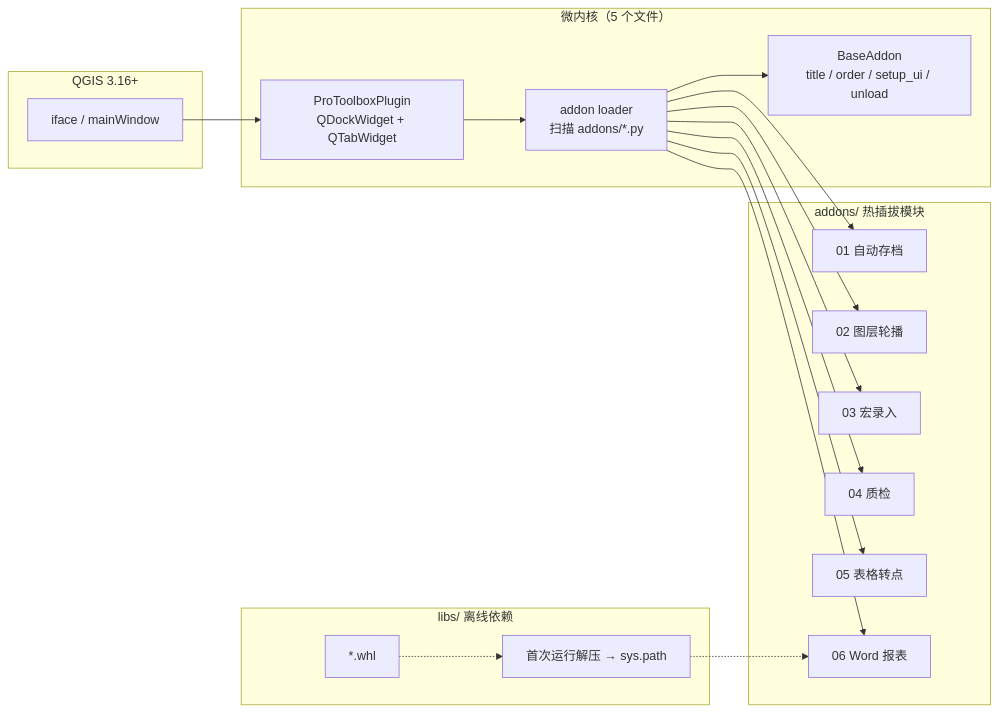
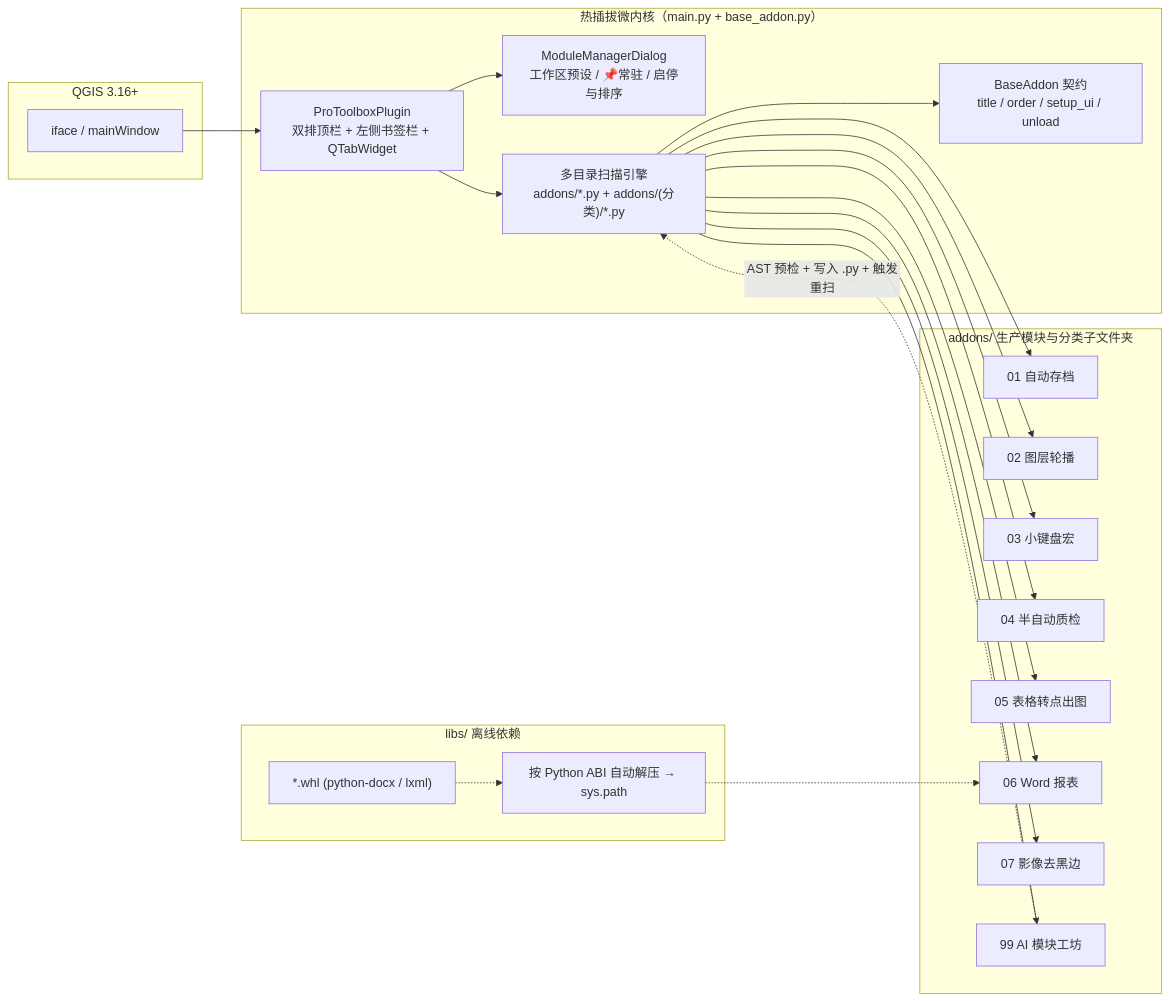
Before and after one commit to KGSINYA/qgis-pro-toolbox: the diagram in README_zh.md, drawn with Mermaid. The commit also changed other lines of this file and 3 other files, not shown here.

````diff
--- a/README_zh.md
+++ b/README_zh.md
@@ -104,33 +118,38 @@
 ```mermaid
 flowchart LR
     subgraph QGIS["QGIS 3.16+"]
         IFACE["iface / mainWindow"]
     end
 
-    subgraph CORE["微内核（5 个文件）"]
-        PLUGIN["ProToolboxPlugin<br/>QDockWidget + QTabWidget"]
-        LOADER["addon loader<br/>扫描 addons/*.py"]
-        BASE["BaseAddon<br/>title / order / setup_ui / unload"]
+    subgraph CORE["热插拔微内核（main.py + base_addon.py）"]
+        PLUGIN["ProToolboxPlugin<br/>双排顶栏 + 左侧书签栏 + QTabWidget"]
+        MANAGER["ModuleManagerDialog<br/>工作区预设 / 📌常驻 / 启停与排序"]
+        LOADER["多目录扫描引擎<br/>addons/*.py + addons/(分类)/*.py"]
+        BASE["BaseAddon 契约<br/>title / order / setup_ui / unload"]
     end
 
-    subgraph ADDONS["addons/ 热插拔模块"]
+    subgraph ADDONS["addons/ 生产模块与分类子文件夹"]
         A1["01 自动存档"]
         A2["02 图层轮播"]
-        A3["03 宏录入"]
-        A4["04 质检"]
-        A5["05 表格转点"]
+        A3["03 小键盘宏"]
+        A4["04 半自动质检"]
+        A5["05 表格转点出图"]
         A6["06 Word 报表"]
+        A7["07 影像去黑边"]
+        A99["99 AI 模块工坊"]
     end
 
     subgraph LIBS["libs/ 离线依赖"]
-        WHL["*.whl"]
-        EXT["首次运行解压 → sys.path"]
+        WHL["*.whl (python-docx / lxml)"]
+        EXT["按 Python ABI 自动解压 → sys.path"]
     end
 
     IFACE --> PLUGIN
+    PLUGIN --> MANAGER
     PLUGIN --> LOADER
     LOADER --> BASE
-    LOADER --> A1 & A2 & A3 & A4 & A5 & A6
+    LOADER --> A1 & A2 & A3 & A4 & A5 & A6 & A7 & A99
+    A99 -.->|"AST 预检 + 写入 .py + 触发重扫"| LOADER
     WHL -.-> EXT
     EXT -.-> A6
 ```
````
